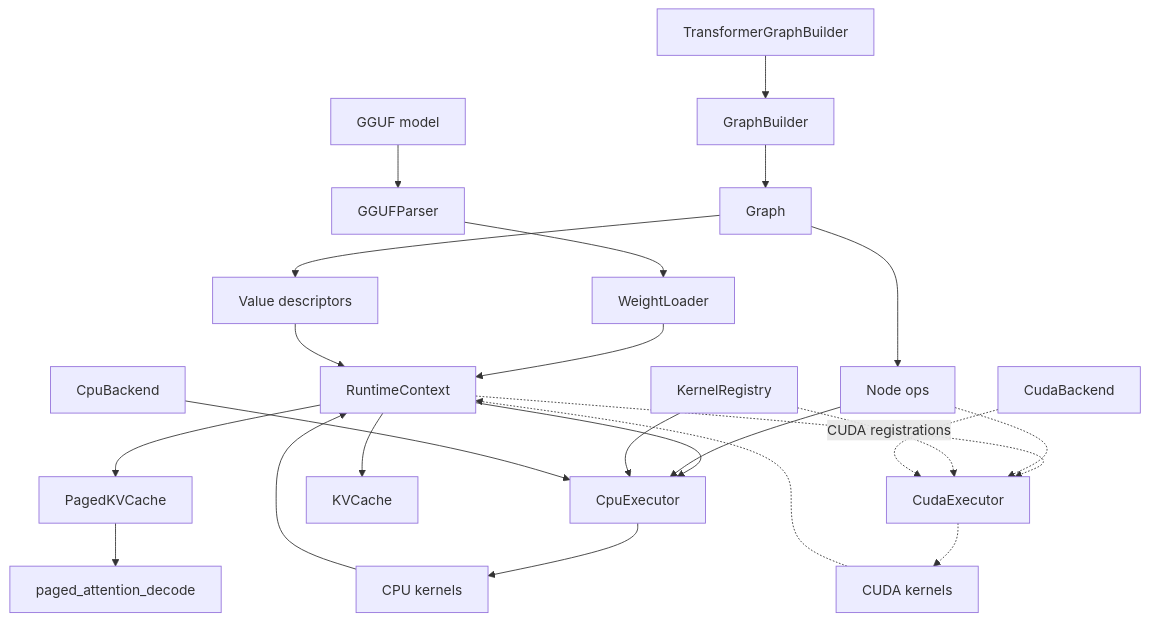
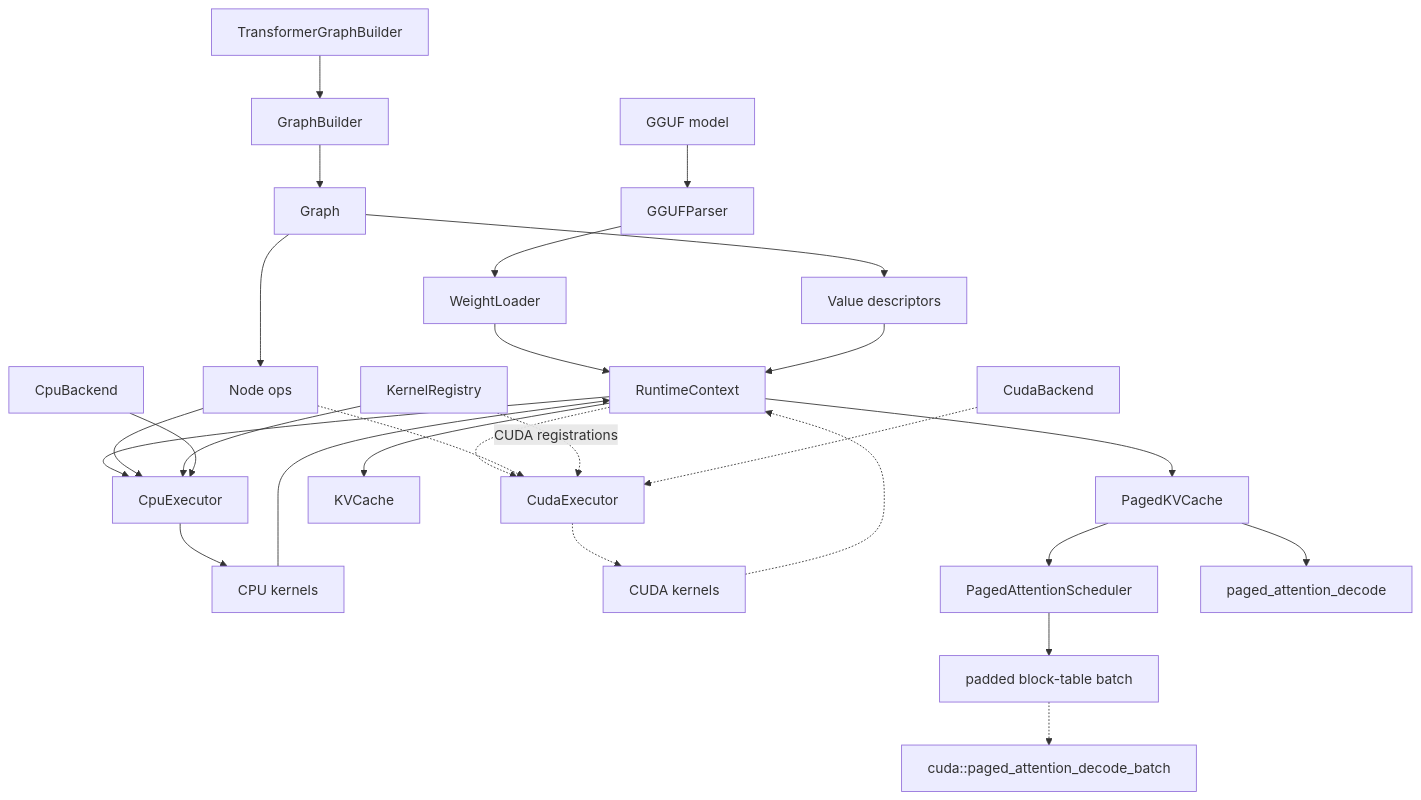
One commit to plutoaac/llmengine changed the first of 4 diagrams in docs/design.md. Above: the diagram before and after it, drawn with Mermaid. The commit also changed other lines of this file and 9 other files, not shown here.

Commit message:
Add multi-sequence paged attention scheduler

````diff
--- a/docs/design.md
+++ b/docs/design.md
@@ -18,28 +19,31 @@
 ```mermaid
 flowchart TD
     Model["TransformerGraphBuilder"] --> Builder["GraphBuilder"]
     Builder --> Graph["Graph"]
     Graph --> Values["Value descriptors"]
     Graph --> Nodes["Node ops"]
 
     GGUF["GGUF model"] --> Parser["GGUFParser"]
     Parser --> Loader["WeightLoader"]
     Loader --> Context["RuntimeContext"]
 
     Values --> Context
     Context --> Executor["CpuExecutor"]
     Context -.-> CudaExecutor["CudaExecutor"]
     Nodes --> Executor
     Nodes -.-> CudaExecutor
     Registry["KernelRegistry"] --> Executor
     Registry -. "CUDA registrations" .-> CudaExecutor
     Backend["CpuBackend"] --> Executor
     CudaBackend["CudaBackend"] -.-> CudaExecutor
     Executor --> Kernels["CPU kernels"]
     CudaExecutor -.-> CudaKernels["CUDA kernels"]
     Kernels --> Context
     CudaKernels -.-> Context
     Context --> Cache["KVCache"]
     Context --> PagedCache["PagedKVCache"]
+    PagedCache --> Scheduler["PagedAttentionScheduler"]
     PagedCache --> PagedDecode["paged_attention_decode"]
+    Scheduler --> Batch["padded block-table batch"]
+    Batch -.-> CudaPaged["cuda::paged_attention_decode_batch"]
 ```
````
